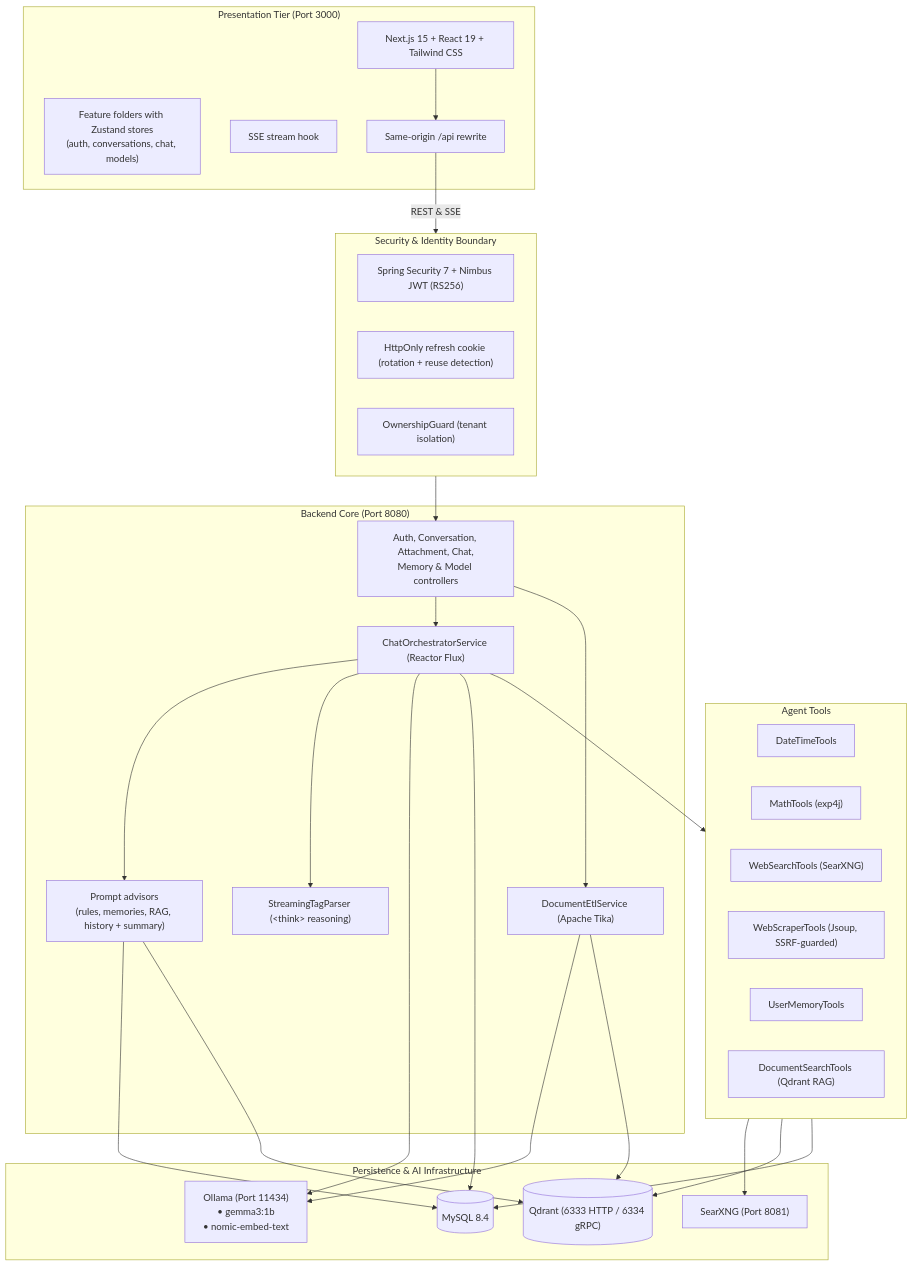
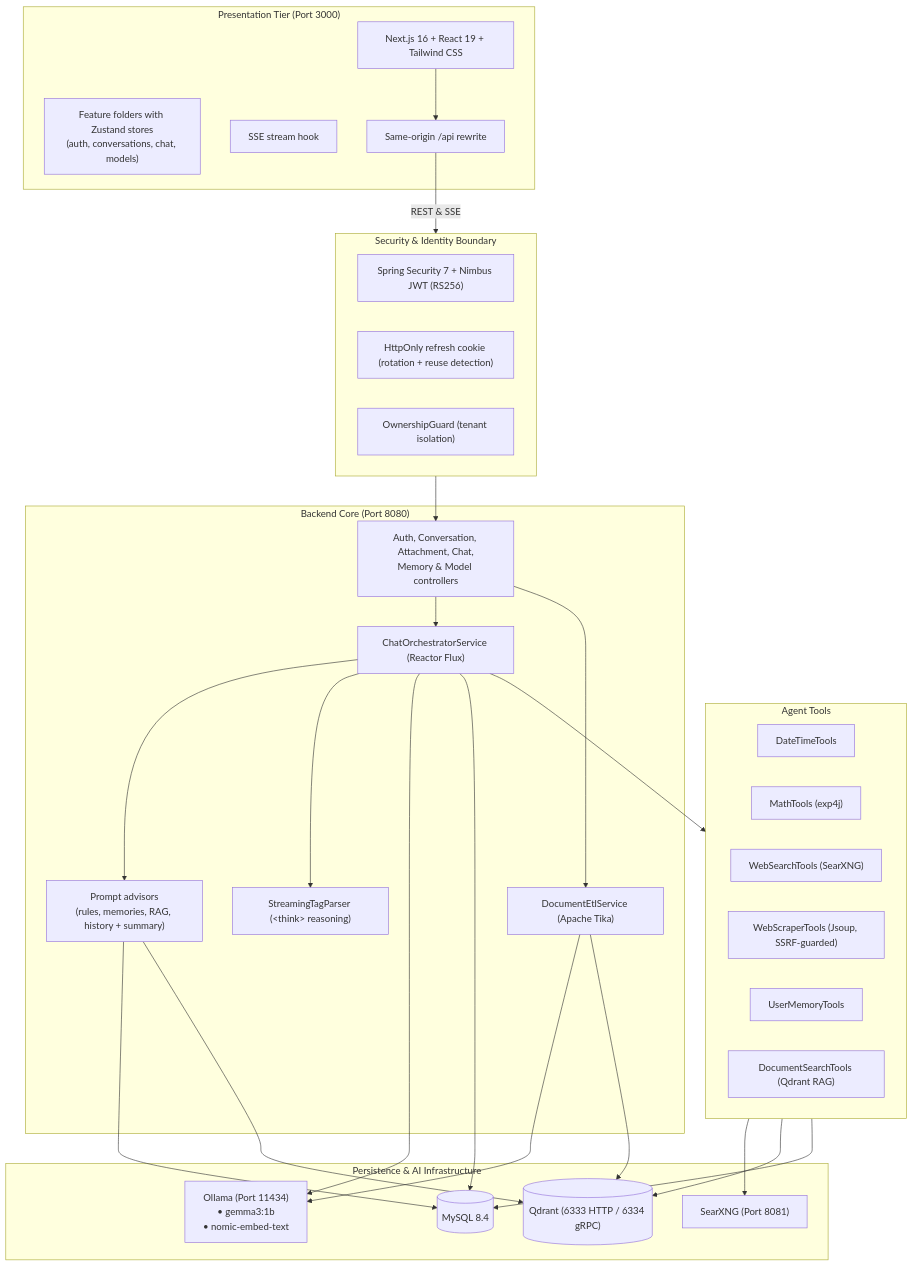
One commit to gitApurv/LocalMind changed the diagram in README.md. Above: the diagram before and after it, drawn with Mermaid. The commit also changed other lines of this file and 23 other files, not shown here.

````diff
--- a/README.md
+++ b/README.md
@@ -18,57 +18,57 @@
 ```mermaid
 flowchart TD
     subgraph Client["Presentation Tier (Port 3000)"]
-        UI["Next.js 15 + React 19 + Tailwind CSS"]
+        UI["Next.js 16 + React 19 + Tailwind CSS"]
         State["Feature folders with Zustand stores<br/>(auth, conversations, chat, models)"]
         SSEHook["SSE stream hook"]
         Proxy["Same-origin /api rewrite"]
     end
 
     subgraph Security["Security & Identity Boundary"]
         JWT["Spring Security 7 + Nimbus JWT (RS256)"]
         Cookie["HttpOnly refresh cookie (rotation + reuse detection)"]
         IDOR["OwnershipGuard (tenant isolation)"]
     end
 
     subgraph Orchestration["Backend Core (Port 8080)"]
         Controller["Auth, Conversation, Attachment, Chat,<br/>Memory & Model controllers"]
         Orchestrator["ChatOrchestratorService (Reactor Flux)"]
         Advisors["Prompt advisors<br/>(rules, memories, RAG, history + summary)"]
         TagParser["StreamingTagParser (&lt;think&gt; reasoning)"]
         DocETL["DocumentEtlService (Apache Tika)"]
     end
 
     subgraph Tools["Agent Tools"]
         DT["DateTimeTools"]
         MT["MathTools (exp4j)"]
         WS["WebSearchTools (SearXNG)"]
         SCR["WebScraperTools (Jsoup, SSRF-guarded)"]
         MEM["UserMemoryTools"]
         DS["DocumentSearchTools (Qdrant RAG)"]
     end
 
     subgraph Storage["Persistence & AI Infrastructure"]
         MySQL[("MySQL 8.4")]
         Qdrant[("Qdrant (6333 HTTP / 6334 gRPC)")]
         SearXNG["SearXNG (Port 8081)"]
         Ollama["Ollama (Port 11434)<br/>• gemma3:1b<br/>• nomic-embed-text"]
     end
 
     UI --> Proxy
     Proxy -->|REST & SSE| Security
     Security --> Controller
     Controller --> Orchestrator
     Controller --> DocETL
     Orchestrator --> Advisors
     Orchestrator --> TagParser
     Orchestrator --> Tools
     Orchestrator --> Ollama
     Advisors --> MySQL
     Advisors --> Qdrant
     DocETL --> Ollama
     DocETL --> Qdrant
     Tools --> SearXNG
     Tools --> Qdrant
     Tools --> MySQL
     Orchestrator --> MySQL
 ```
````
